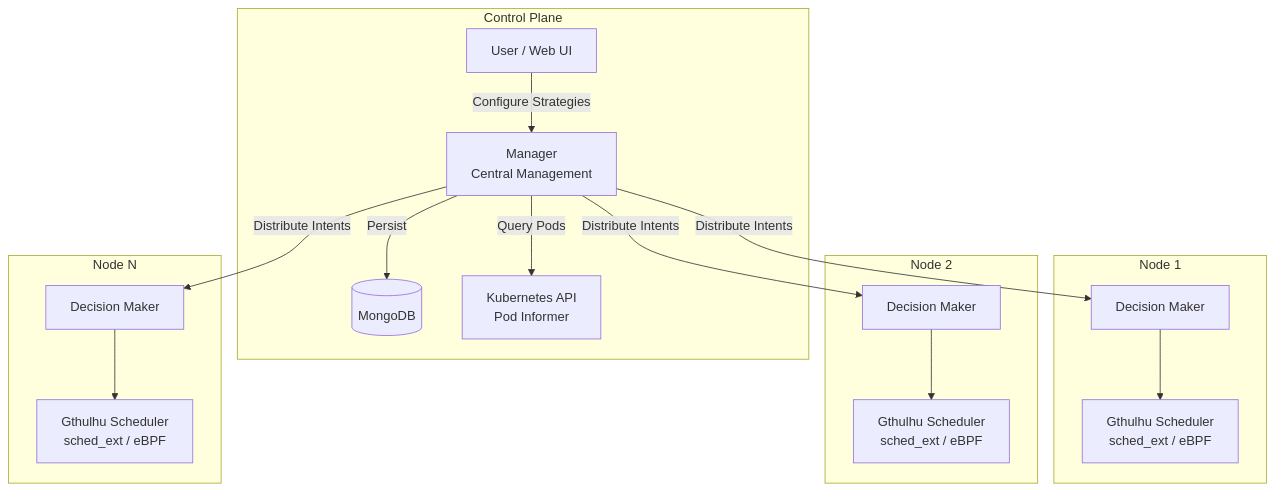
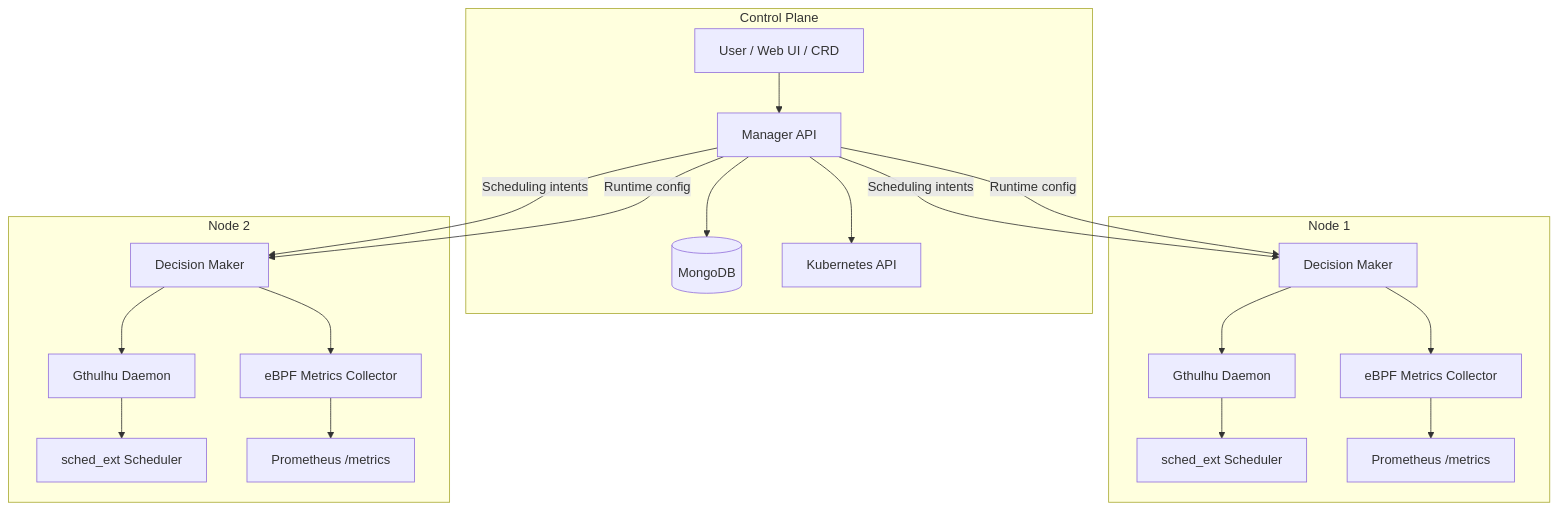
The first of 4 diagrams in docs/how-it-works.md (Gthulhu/docs), drawn with Mermaid before and after one commit. The commit also changed other lines of this file and 3 other files, not shown here.

````diff
--- a/docs/how-it-works.md
+++ b/docs/how-it-works.md
@@ -10,24 +12,27 @@
 ```mermaid
 graph TB
     subgraph "Control Plane"
-        U[User / Web UI] -->|Configure Strategies| M[Manager<br/>Central Management]
-        M -->|Persist| DB[(MongoDB)]
-        M -->|Query Pods| K8S[Kubernetes API<br/>Pod Informer]
+        U[User / Web UI / CRD] --> M[Manager API]
+        M --> DB[(MongoDB)]
+        M --> K8S[Kubernetes API]
     end
 
-    M -->|Distribute Intents| DM1
-    M -->|Distribute Intents| DM2
-    M -->|Distribute Intents| DMN
+    M -->|Scheduling intents| DM1
+    M -->|Scheduling intents| DM2
+    M -->|Runtime config| DM1
+    M -->|Runtime config| DM2
 
     subgraph "Node 1"
-        DM1[Decision Maker] --> S1[Gthulhu Scheduler<br/>sched_ext / eBPF]
+        DM1[Decision Maker] --> MON1[eBPF Metrics Collector]
+        DM1 --> G1[Gthulhu Daemon]
+        G1 --> S1[sched_ext Scheduler]
+        MON1 --> P1[Prometheus /metrics]
     end
 
     subgraph "Node 2"
-        DM2[Decision Maker] --> S2[Gthulhu Scheduler<br/>sched_ext / eBPF]
-    end
-
-    subgraph "Node N"
-        DMN[Decision Maker] --> SN[Gthulhu Scheduler<br/>sched_ext / eBPF]
+        DM2[Decision Maker] --> MON2[eBPF Metrics Collector]
+        DM2 --> G2[Gthulhu Daemon]
+        G2 --> S2[sched_ext Scheduler]
+        MON2 --> P2[Prometheus /metrics]
     end
 ```
````
